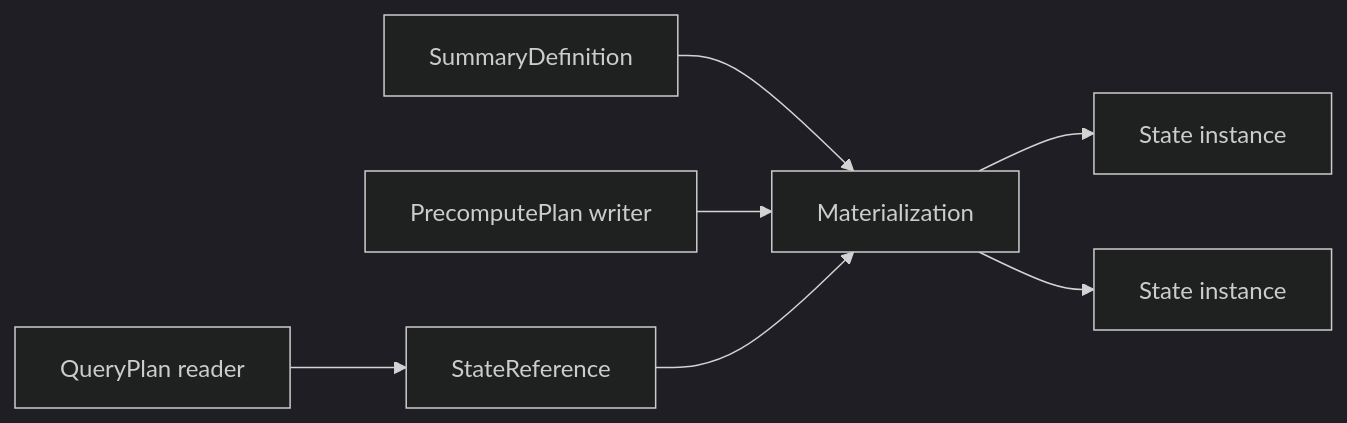
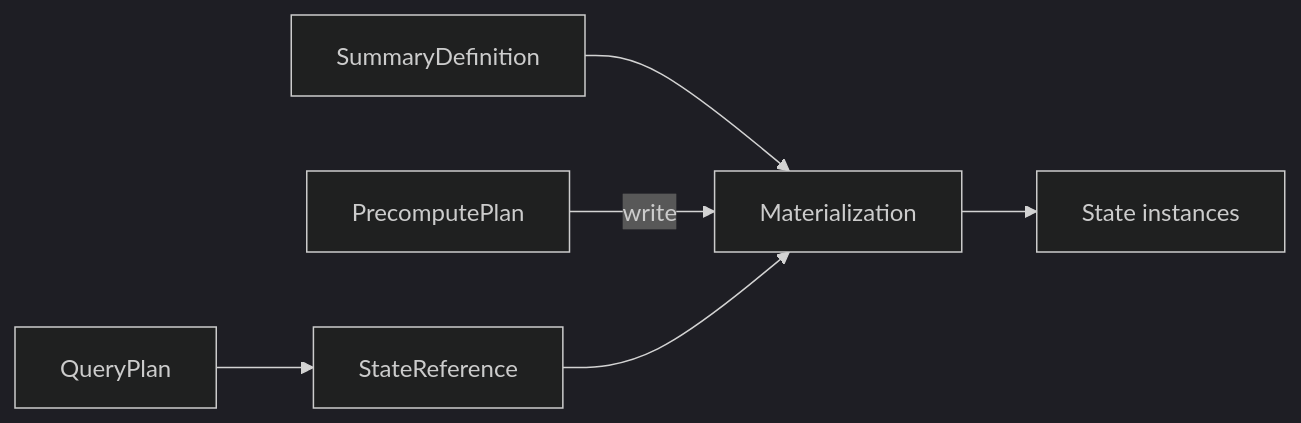
Before and after one commit to ProjectASAP/ASAPQuery-backend: the diagram in docs/design_docs/summary-catalog-sds-architecture.md, drawn with Mermaid (dark theme). The commit also changed other lines of this file and 1 other file, not shown here.

````diff
--- a/docs/design_docs/summary-catalog-sds-architecture.md
+++ b/docs/design_docs/summary-catalog-sds-architecture.md
@@ -38,9 +34,8 @@
 ```mermaid
 flowchart LR
   D[SummaryDefinition] --> M[Materialization]
-  M --> I1[State instance]
-  M --> I2[State instance]
-  P[PrecomputePlan writer] --> M
-  Q[QueryPlan reader] --> R[StateReference]
+  M --> I[State instances]
+  P[PrecomputePlan] -->|write| M
+  Q[QueryPlan] --> R[StateReference]
   R --> M
 ```
````
